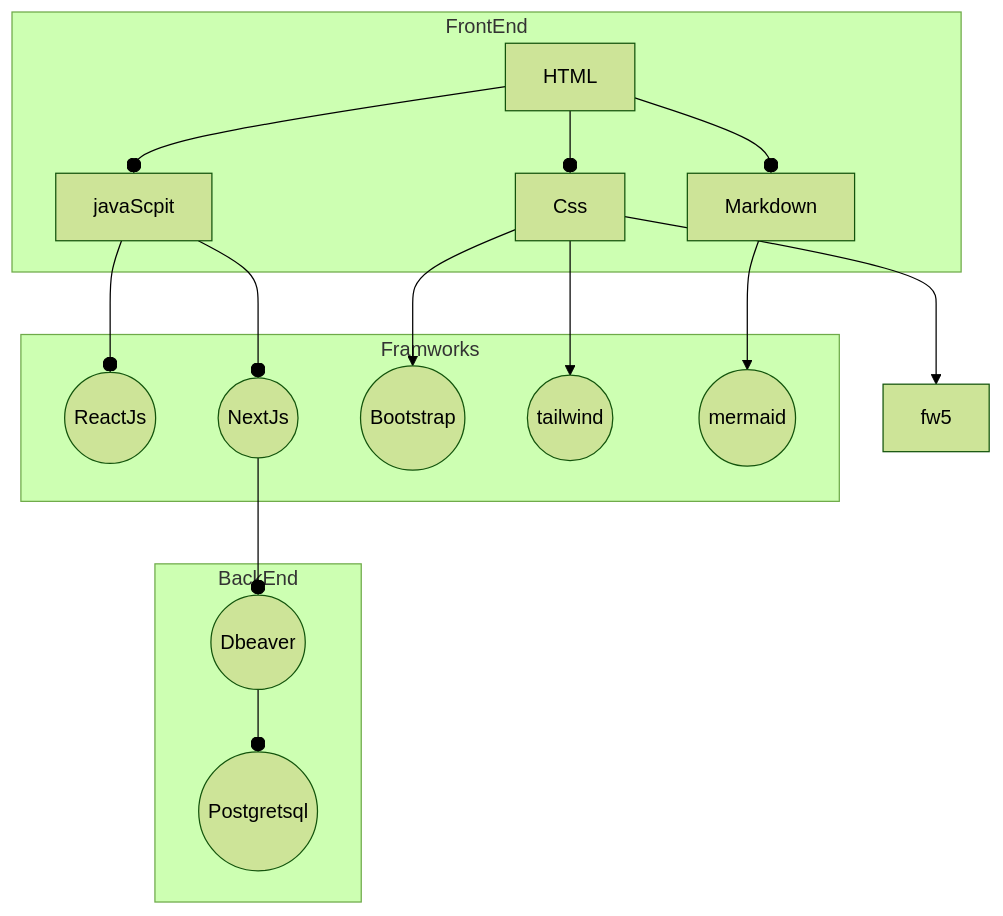
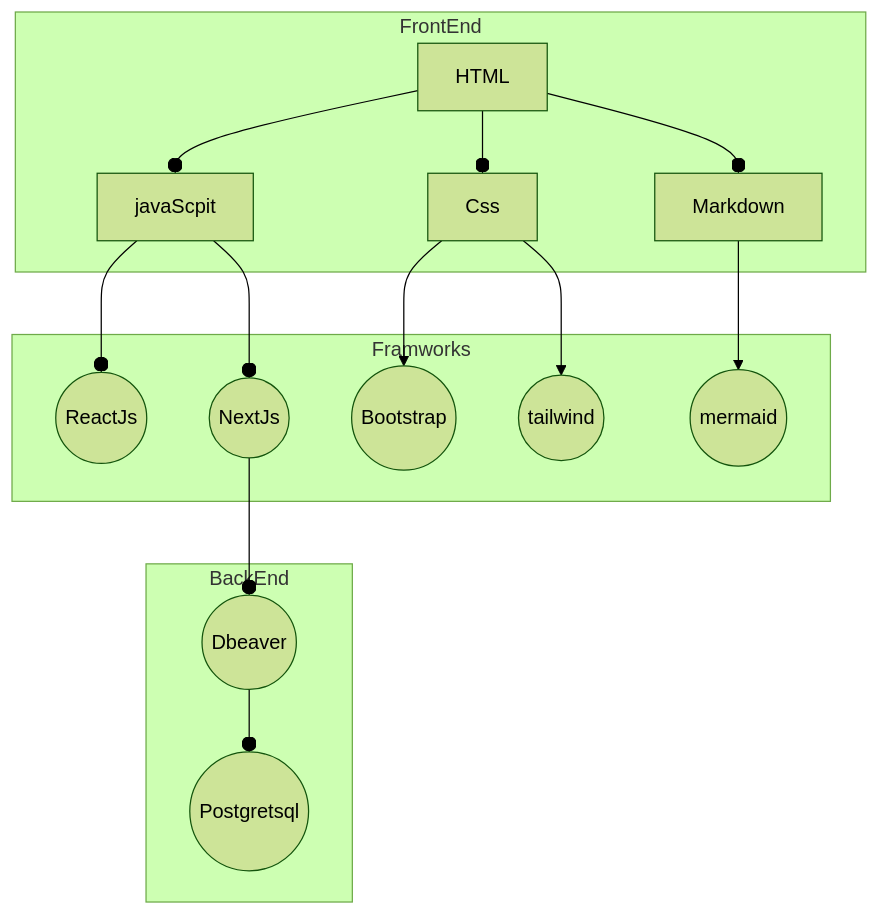
One commit to metazack89/metazack89 changed the second of 2 diagrams in README.md. Above: the diagram before and after it, drawn with Mermaid (forest theme). The commit also changed other lines of this file, not shown here.

````diff
--- a/README.md
+++ b/README.md
@@ -96,42 +93,41 @@
 ```mermaid
 flowchart 
 f1[HTML]
 f2[Css]
 f3[javaScpit]
 f4[Markdown]
 fw1((ReactJs))
 fw2((NextJs))
 fw3((Bootstrap))
 fw4((tailwind))
-fw6((mermaid))
+fw5((mermaid))
 b1((Dbeaver))
 b2((Postgretsql))
  subgraph  BackEnd
 b1
 b2
  end  
  subgraph Framworks 
 fw1
 fw2
 fw3
 fw4
-fw6
+fw5
  end
   subgraph  FrontEnd 
  f1
  f2
  f3
  f4
  end  
  f1 --o f2
  f1 --o f3
  f1 --o f4
  f2 --> fw3
  f2 --> fw4
- f2 --> fw5
  f3 --o fw1
  f3 --o fw2
  fw2 --o b1
- f4 --> fw6
+ f4 --> fw5
  b1 --o b2
  ```
````
